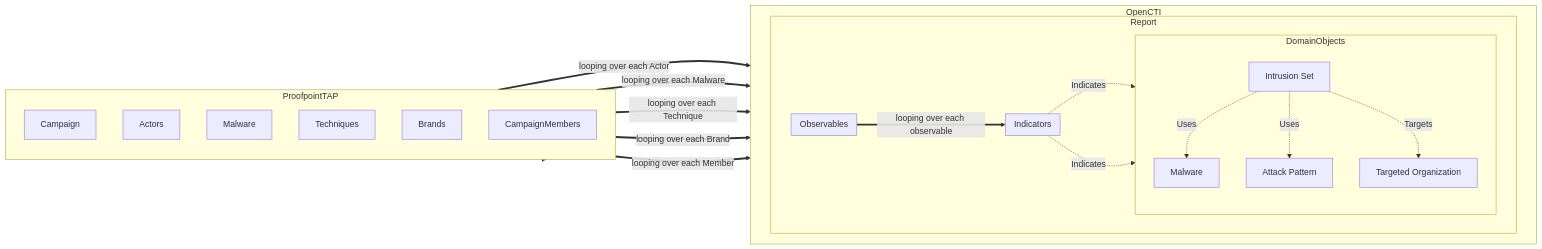
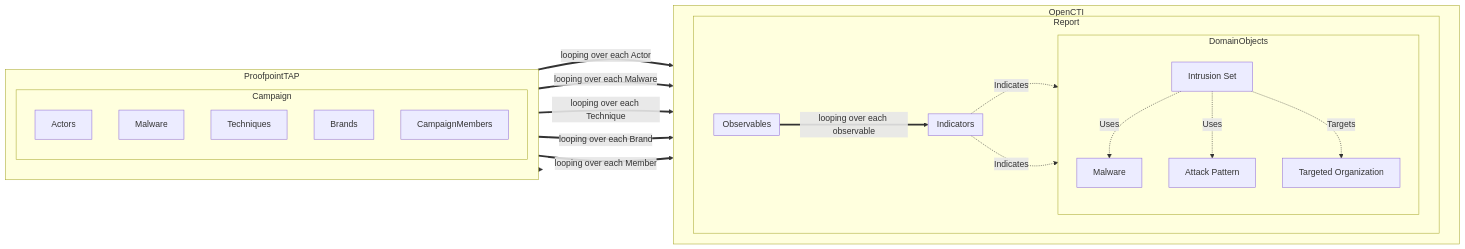
The diagram in external-import/proofpoint-tap/README.md (OpenCTI-Platform/connectors), drawn with Mermaid before and after one commit.

````diff
--- a/external-import/proofpoint-tap/README.md
+++ b/external-import/proofpoint-tap/README.md
@@ -158,48 +158,49 @@
 ```mermaid
 graph LR
     subgraph ProofpointTAP
         direction TB
-        TAPCampaign[Campaign]
-        TAPActors[Actors]
-        TAPMalware[Malware]
-        TAPTechniques[Techniques]
-        TAPBrands[Brands]
-        TAPCampaignMembers[CampaignMembers]
+        subgraph TAPCampaign[Campaign]
+            TAPActors[Actors]
+            TAPMalware[Malware]
+            TAPTechniques[Techniques]
+            TAPBrands[Brands]
+            TAPCampaignMembers[CampaignMembers]
+        end
     end
 
     subgraph OpenCTI
         direction LR
         subgraph OpenCTIReport[Report]
             subgraph DomainObjects
                 direction TB
                 
                 OpenCTIIntrusionSet[Intrusion Set]
                 OpenCTIMalware[Malware]
                 OpenCTIAttackPattern[Attack Pattern]
                 OpenCTITargetedOrganization[Targeted Organization]
             end
             subgraph Observables
             end
             subgraph Indicators
             end
         end
     end
 
     %% TAP Campaign generates OpenCTI entities
     TAPCampaign ==> OpenCTIReport
     TAPActors ==> |looping over each Actor| OpenCTIIntrusionSet
     TAPMalware ==> |looping over each Malware| OpenCTIMalware
     TAPTechniques ==> |looping over each Technique| OpenCTIAttackPattern
     TAPBrands ==> |looping over each Brand| OpenCTITargetedOrganization
     TAPCampaignMembers ==> |looping over each Member| Observables
     Observables ==> |looping over each observable| Indicators
     
     %% Relationships between entities
 
     OpenCTIIntrusionSet -.-> |"Uses"| OpenCTIMalware
     OpenCTIIntrusionSet -.-> |"Uses"| OpenCTIAttackPattern
     Indicators -.-> |"Indicates"| OpenCTIMalware
     Indicators -.-> |"Indicates"| OpenCTIIntrusionSet  
     OpenCTIIntrusionSet -.-> |"Targets"| OpenCTITargetedOrganization
 
 ```
````
